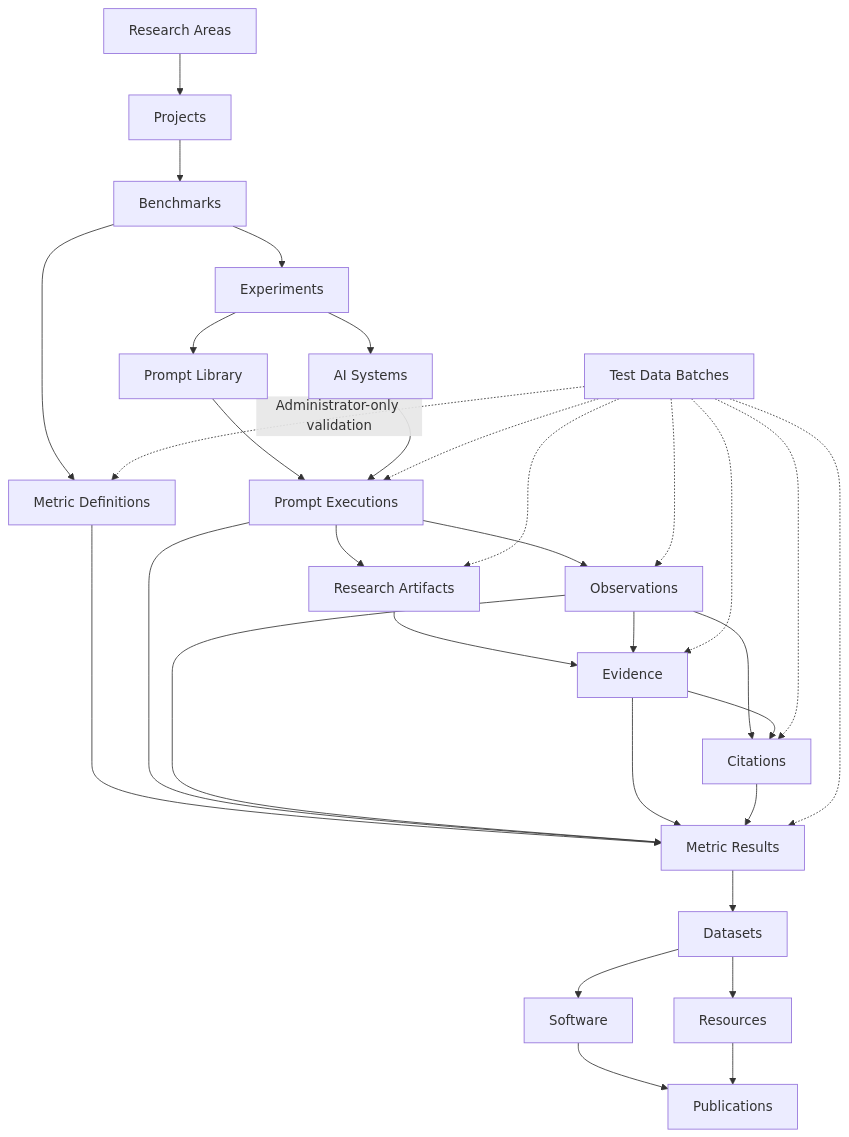
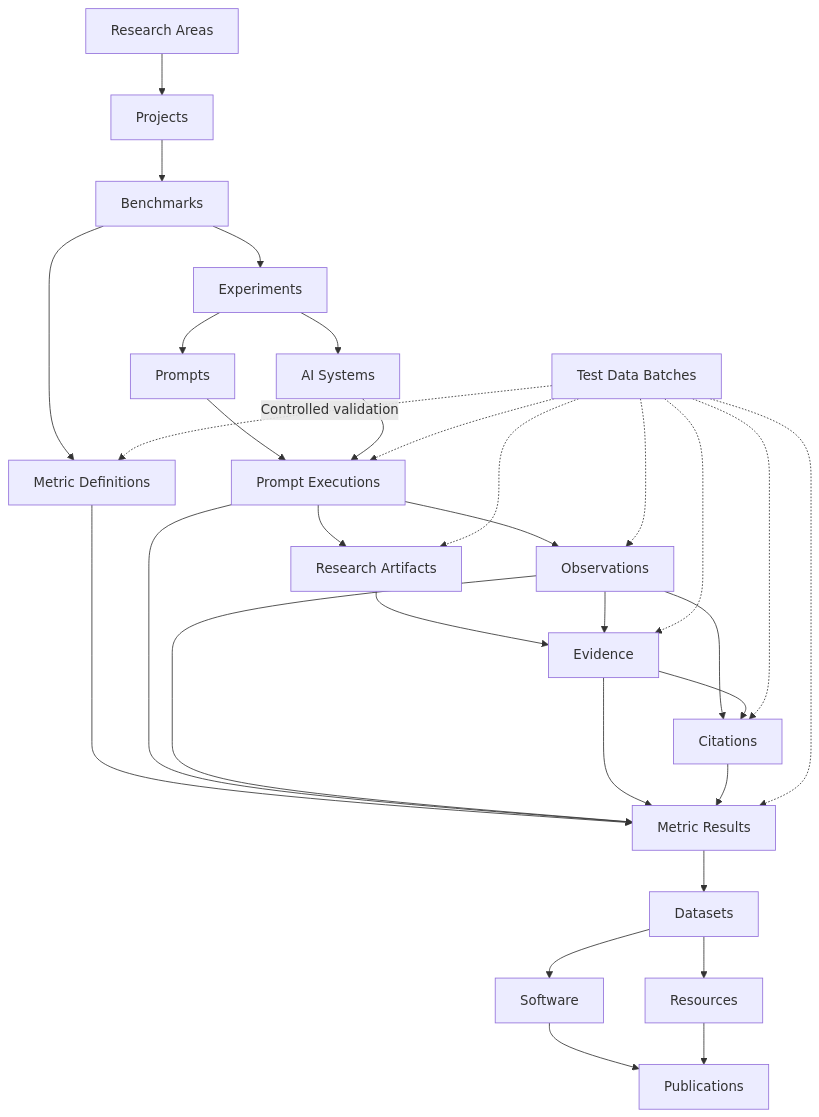
One commit to gslhub/website changed the diagram in README.md. Above: the diagram before and after it, drawn with Mermaid. The commit also changed other lines of this file, not shown here.

Commit message:
docs: update English project status and roadmap

````diff
--- a/README.md
+++ b/README.md
@@ -86,39 +155,39 @@
 ```mermaid
 flowchart TD
     A[Research Areas] --> B[Projects]
     B --> C[Benchmarks]
     C --> D[Experiments]
     C --> MD[Metric Definitions]
 
-    D --> E[Prompt Library]
+    D --> E[Prompts]
     D --> F[AI Systems]
     E --> G[Prompt Executions]
     F --> G
 
     G --> H[Observations]
     G --> I[Research Artifacts]
     I --> J[Evidence]
     H --> J
     H --> K[Citations]
     J --> K
 
     MD --> L[Metric Results]
     G --> L
     H --> L
     J --> L
     K --> L
 
     L --> M[Datasets]
     M --> N[Software]
     M --> O[Resources]
     N --> P[Publications]
     O --> P
 
-    T[Test Data Batches] -. Administrator-only validation .-> MD
+    T[Test Data Batches] -. Controlled validation .-> MD
     T -.-> G
     T -.-> H
     T -.-> I
     T -.-> J
     T -.-> K
     T -.-> L
 ```
````
